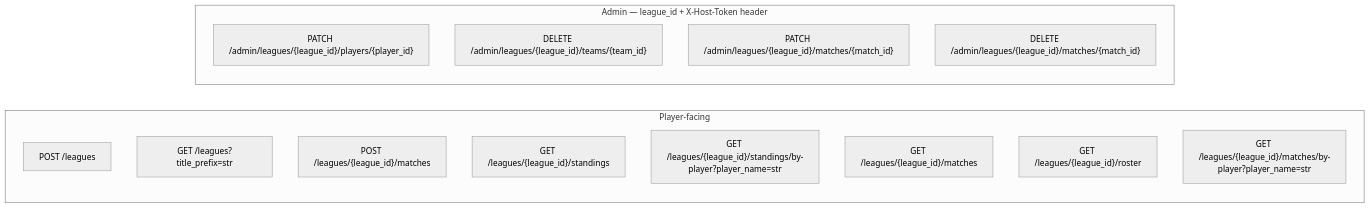
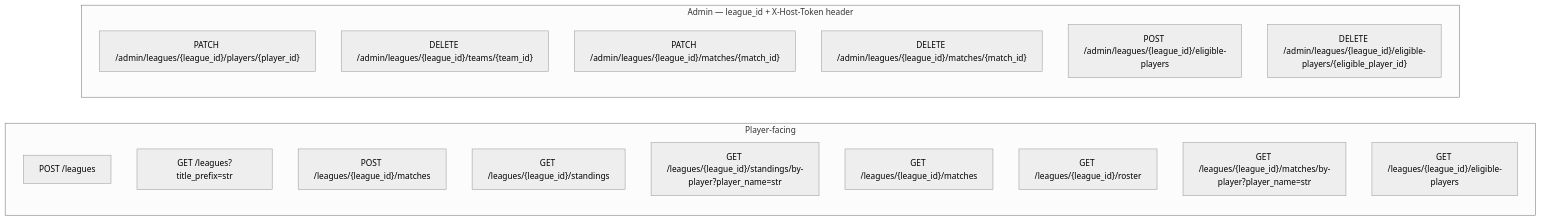
Before and after one commit to swjeong0825/TLMB_backend_main: the diagram in Design_Doc/TLMB_Design_doc/13_api_contracts.md, drawn with Mermaid (neutral theme). The commit also changed other lines of this file and 43 other files, not shown here.

Commit message:
add eligible players (or allowlist) feature

````diff
--- a/Design_Doc/TLMB_Design_doc/13_api_contracts.md
+++ b/Design_Doc/TLMB_Design_doc/13_api_contracts.md
@@ -12,19 +12,22 @@
 ```mermaid
 flowchart LR
     subgraph player [Player-facing]
         P1["POST /leagues"]
         P1b["GET /leagues?title_prefix=str"]
         P2["POST /leagues/{league_id}/matches"]
         P3["GET /leagues/{league_id}/standings"]
         P3b["GET /leagues/{league_id}/standings/by-player?player_name=str"]
         P4["GET /leagues/{league_id}/matches"]
         P5["GET /leagues/{league_id}/roster"]
         P6["GET /leagues/{league_id}/matches/by-player?player_name=str"]
+        P7["GET /leagues/{league_id}/eligible-players"]
     end
     subgraph admin ["Admin — league_id + X-Host-Token header"]
         A1["PATCH /admin/leagues/{league_id}/players/{player_id}"]
         A2["DELETE /admin/leagues/{league_id}/teams/{team_id}"]
         A3["PATCH /admin/leagues/{league_id}/matches/{match_id}"]
         A4["DELETE /admin/leagues/{league_id}/matches/{match_id}"]
+        A5["POST /admin/leagues/{league_id}/eligible-players"]
+        A6["DELETE /admin/leagues/{league_id}/eligible-players/{eligible_player_id}"]
     end
 ```
````
